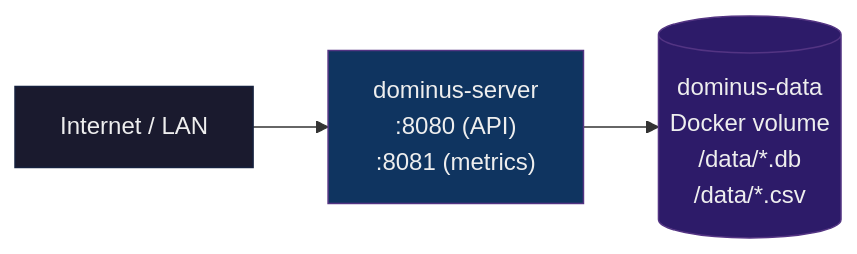
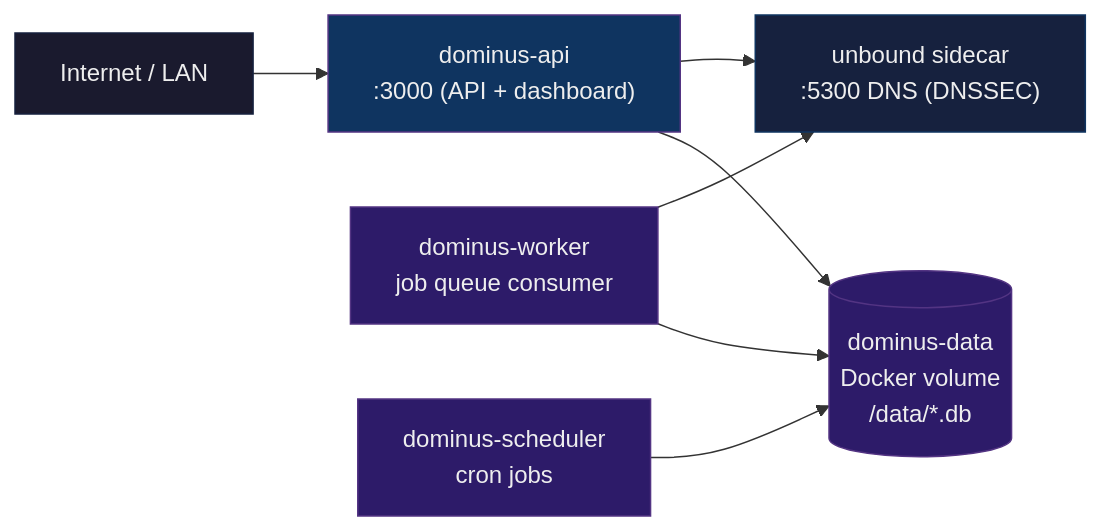
Before and after one commit to AlessioBrillo/dominus: the second of 3 diagrams in docs/diagrams/deployment.md, drawn with Mermaid. The commit also changed other lines of this file and 67 other files, not shown here.

````diff
--- a/docs/diagrams/deployment.md
+++ b/docs/diagrams/deployment.md
@@ -43,13 +50,23 @@
 ```mermaid
 flowchart LR
     INTERNET["Internet / LAN"]
-    DOMINUS["dominus-server<br/>:8080 (API)<br/>:8081 (metrics)"]
-    VOLUME[("dominus-data<br/>Docker volume<br/>/data/*.db<br/>/data/*.csv")]
+    UNBOUND["unbound sidecar<br/>:5300 DNS (DNSSEC)"]
+    DOMINUS["dominus-api<br/>:3000 (API + dashboard)"]
+    WORKER["dominus-worker<br/>job queue consumer"]
+    SCHED["dominus-scheduler<br/>cron jobs"]
+    VOLUME[("dominus-data<br/>Docker volume<br/>/data/*.db")]
 
     INTERNET --> DOMINUS
+    DOMINUS --> UNBOUND
+    WORKER --> UNBOUND
+    WORKER --> VOLUME
+    SCHED --> VOLUME
     DOMINUS --> VOLUME
 
     style INTERNET fill:#1a1a2e,stroke:#16213e,color:#eee
     style DOMINUS fill:#0f3460,stroke:#533483,color:#eee
+    style UNBOUND fill:#16213e,stroke:#0f3460,color:#eee
+    style WORKER fill:#2d1b69,stroke:#533483,color:#eee
+    style SCHED fill:#2d1b69,stroke:#533483,color:#eee
     style VOLUME fill:#2d1b69,stroke:#533483,color:#eee
 ```
````
